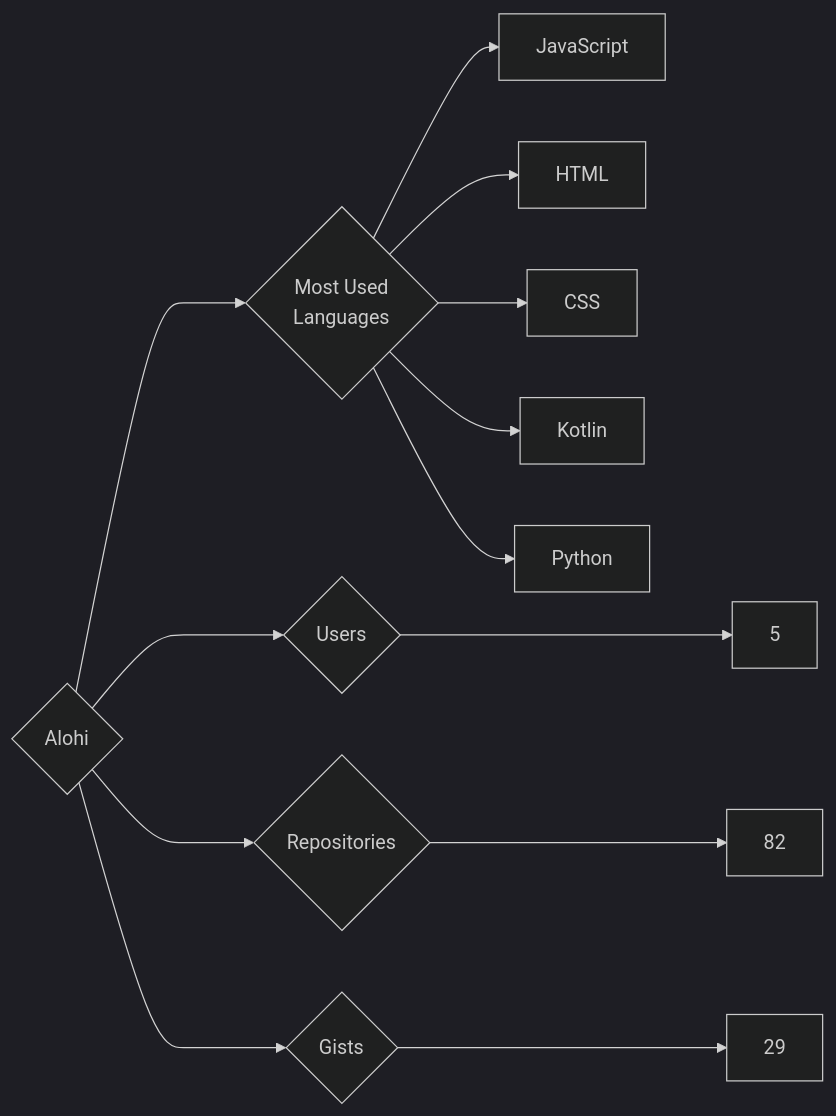
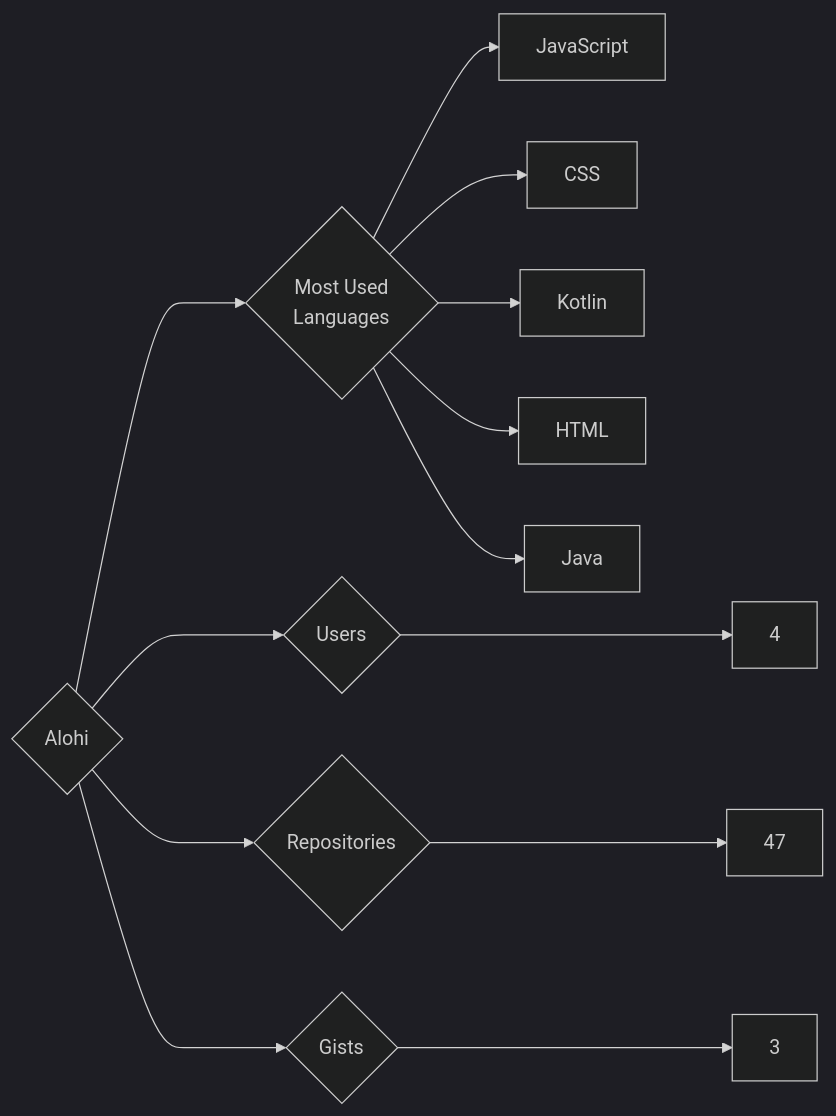
The diagram in targets/Alohi/README.md (trickest/insiders), drawn with Mermaid (dark theme) before and after one commit. The commit also changed 951 other files, not shown here.

````diff
--- a/targets/Alohi/README.md
+++ b/targets/Alohi/README.md
@@ -3,13 +3,13 @@
 ```mermaid
 graph LR
 COMPANY_NAME{Alohi}
-COMPANY_NAME ---> U{Users} ---> UN[5]
-COMPANY_NAME ---> R{Repositories} ---> RN[82]
-COMPANY_NAME ---> G{Gists} ---> GN[29]
+COMPANY_NAME ---> U{Users} ---> UN[4]
+COMPANY_NAME ---> R{Repositories} ---> RN[47]
+COMPANY_NAME ---> G{Gists} ---> GN[3]
 COMPANY_NAME ---> ML{Most Used<br>Languages}
 ML --> JavaScript[JavaScript]
-ML --> HTML[HTML]
 ML --> CSS[CSS]
 ML --> Kotlin[Kotlin]
-ML --> Python[Python]
+ML --> HTML[HTML]
+ML --> Java[Java]
 ```
````
